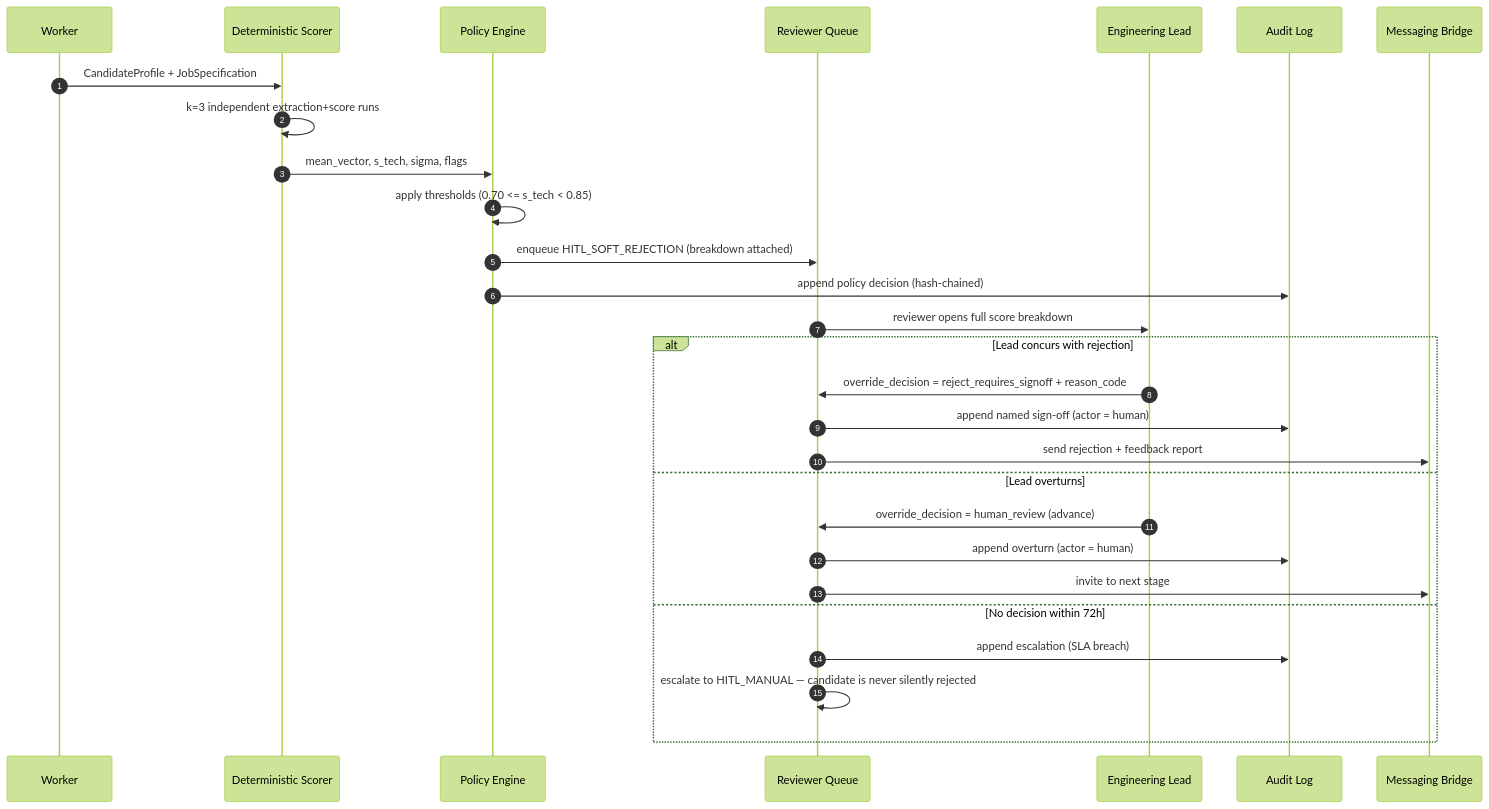
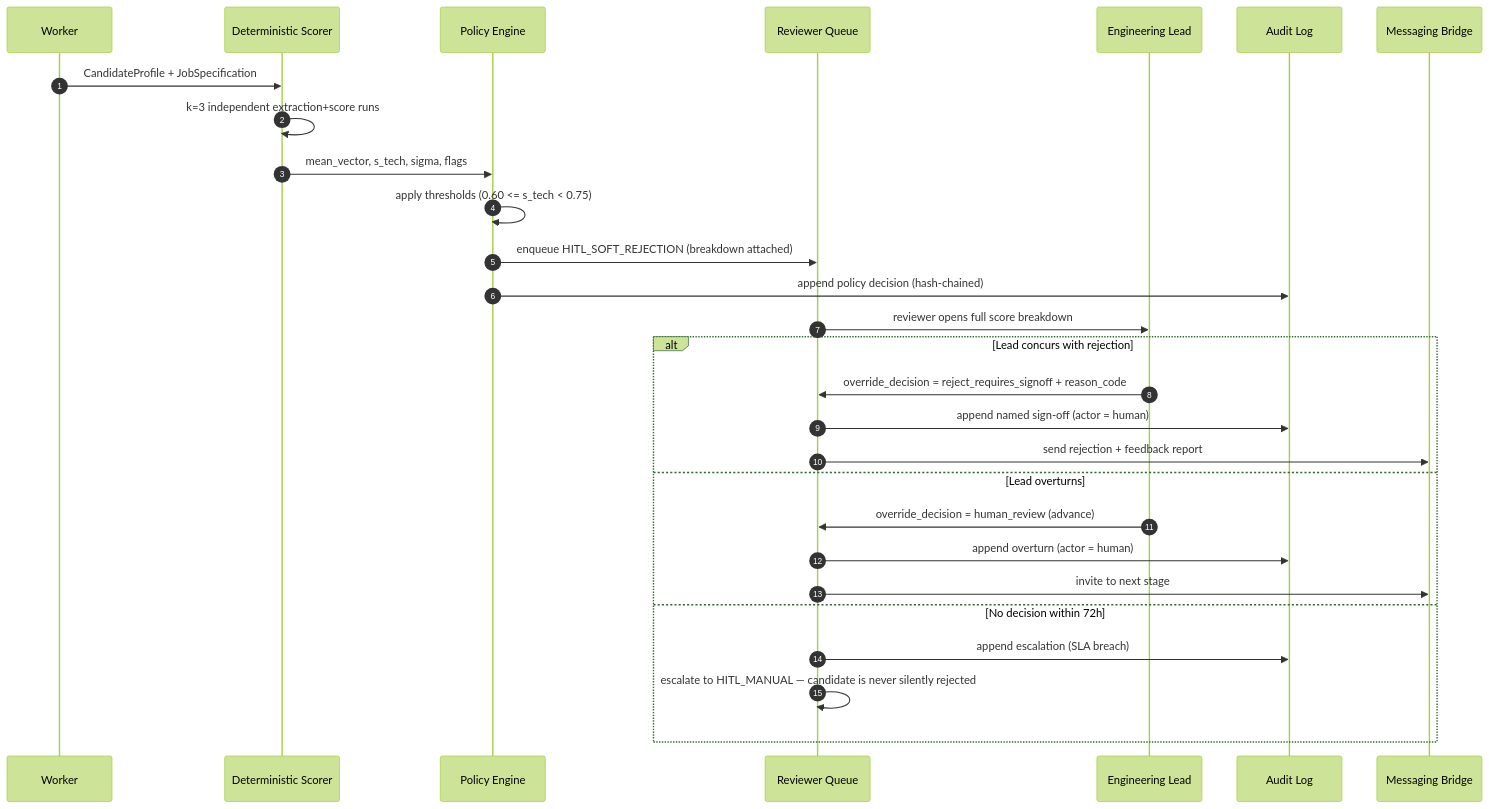
Before and after one commit to davinakmalyasha/HRAgents: the second of 4 diagrams in docs/architecture/system-architecture.md, drawn with Mermaid (forest theme). The commit also changed other lines of this file and 20 other files, not shown here.

````diff
--- a/docs/architecture/system-architecture.md
+++ b/docs/architecture/system-architecture.md
@@ -111,31 +111,31 @@
 ```mermaid
 sequenceDiagram
     autonumber
     participant W as Worker
     participant S as Deterministic Scorer
     participant P as Policy Engine
     participant Q as Reviewer Queue
     participant L as Engineering Lead
     participant A as Audit Log
     participant M as Messaging Bridge
 
     W->>S: CandidateProfile + JobSpecification
     S->>S: k=3 independent extraction+score runs
     S->>P: mean_vector, s_tech, sigma, flags
-    P->>P: apply thresholds (0.70 <= s_tech < 0.85)
+    P->>P: apply thresholds (0.60 <= s_tech < 0.75)
     P->>Q: enqueue HITL_SOFT_REJECTION (breakdown attached)
     P->>A: append policy decision (hash-chained)
     Q->>L: reviewer opens full score breakdown
     alt Lead concurs with rejection
         L->>Q: override_decision = reject_requires_signoff + reason_code
         Q->>A: append named sign-off (actor = human)
         Q->>M: send rejection + feedback report
     else Lead overturns
         L->>Q: override_decision = human_review (advance)
         Q->>A: append overturn (actor = human)
         Q->>M: invite to next stage
     else No decision within 72h
         Q->>A: append escalation (SLA breach)
         Q->>Q: escalate to HITL_MANUAL — candidate is never silently rejected
     end
 ```
````
